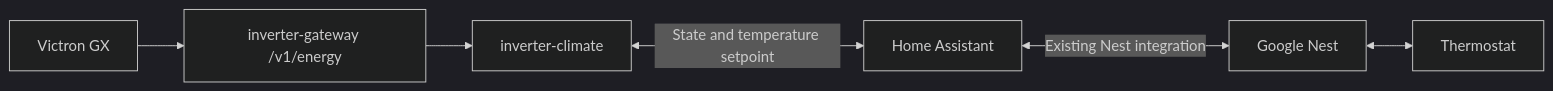
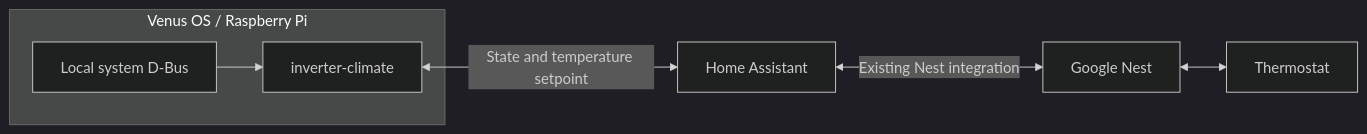
Before and after one commit to step-security-bot/victron-venus_inverter-climate: the diagram in README.md, drawn with Mermaid (dark theme). The commit also changed other lines of this file and 20 other files, not shown here.

Commit message:
Add native Venus OS climate coordination through local D-Bus

````diff
--- a/README.md
+++ b/README.md
@@ -19,8 +20,9 @@
 ```mermaid
 flowchart LR
-  GX[Victron GX] --> IGW[inverter-gateway /v1/energy]
-  IGW --> Climate[inverter-climate]
+  subgraph Venus[Venus OS / Raspberry Pi]
+    DBus[Local system D-Bus] --> Climate[inverter-climate]
+  end
   Climate <-->|State and temperature setpoint| HA[Home Assistant]
   HA <-->|Existing Nest integration| Google[Google Nest]
   Google <--> Thermostat[Thermostat]
 ```
````
